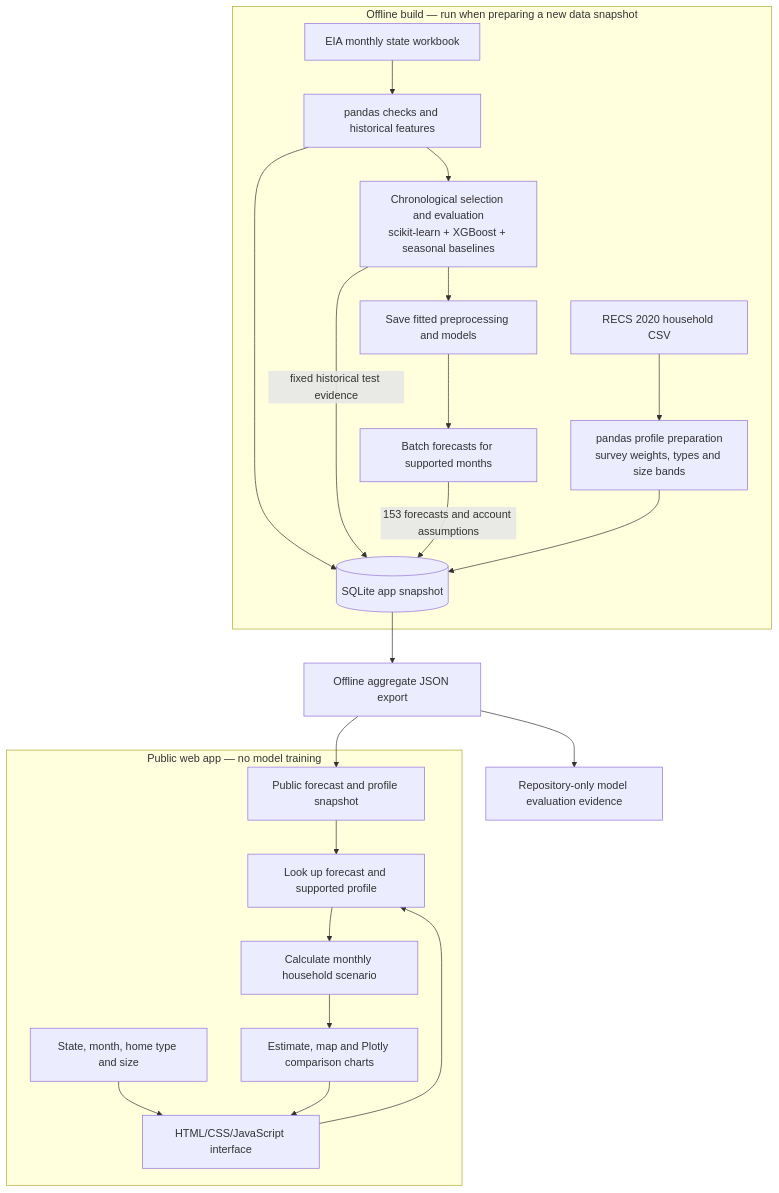
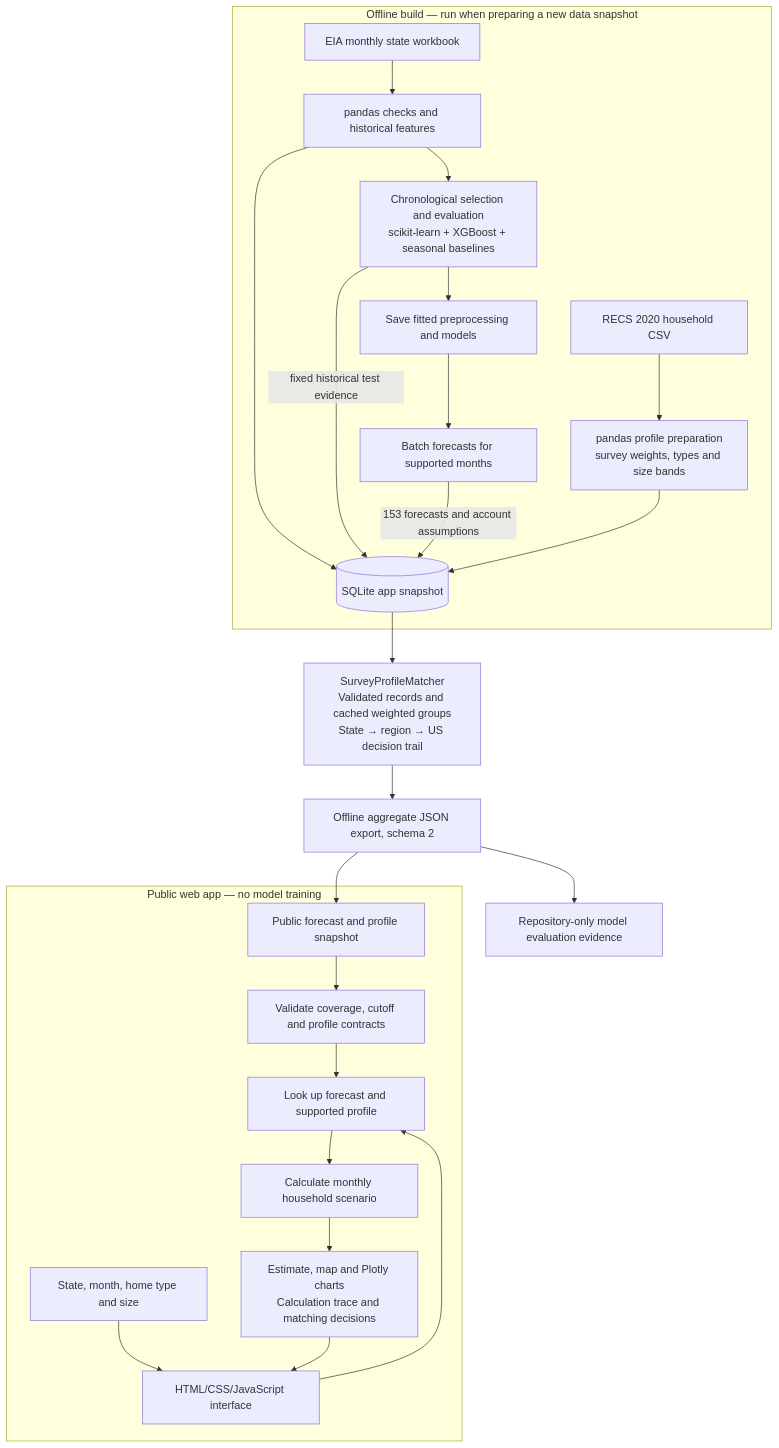
Before and after one commit to Ghaida486/1.125_HomePulse-: the diagram in docs/architecture.md, drawn with Mermaid. The commit also changed other lines of this file and 19 other files, not shown here.

Commit message:
Add audited survey matching, snapshot contracts, and visible estimate evidence

````diff
--- a/docs/architecture.md
+++ b/docs/architecture.md
@@ -17,25 +17,27 @@
 ```mermaid
 flowchart TD
   subgraph Build[Offline build — run when preparing a new data snapshot]
     E[EIA monthly state workbook] --> P[pandas checks and historical features]
     P --> T[Chronological selection and evaluation<br/>scikit-learn + XGBoost + seasonal baselines]
     T --> M[Save fitted preprocessing and models]
     M --> F[Batch forecasts for supported months]
     P --> DB[(SQLite app snapshot)]
     T -->|fixed historical test evidence| DB
     F -->|153 forecasts and account assumptions| DB
     R[RECS 2020 household CSV] --> Q[pandas profile preparation<br/>survey weights, types and size bands]
     Q --> DB
   end
-  DB --> EX[Offline aggregate JSON export]
+  DB --> MATCH[SurveyProfileMatcher<br/>Validated records and cached weighted groups<br/>State → region → US decision trail]
+  MATCH --> EX[Offline aggregate JSON export, schema 2]
   EX --> PUB[Public forecast and profile snapshot]
   EX --> EV[Repository-only model evaluation evidence]
   subgraph Runtime[Public web app — no model training]
     U[State, month, home type and size] --> UI[HTML/CSS/JavaScript interface]
-    PUB --> L[Look up forecast and supported profile]
+    PUB --> CHECK[Validate coverage, cutoff and profile contracts]
+    CHECK --> L[Look up forecast and supported profile]
     UI --> L
     L --> H[Calculate monthly household scenario]
-    H --> O[Estimate, map and Plotly comparison charts]
+    H --> O[Estimate, map and Plotly charts<br/>Calculation trace and matching decisions]
     O --> UI
   end
 ```
````
